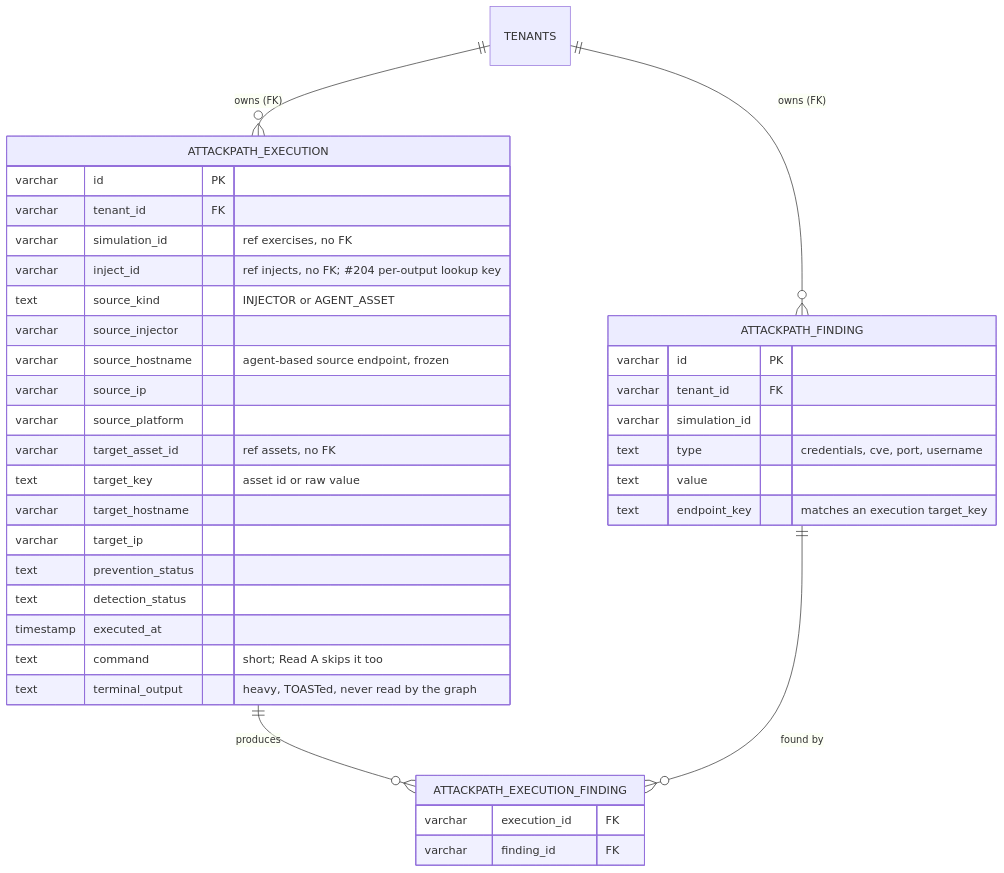
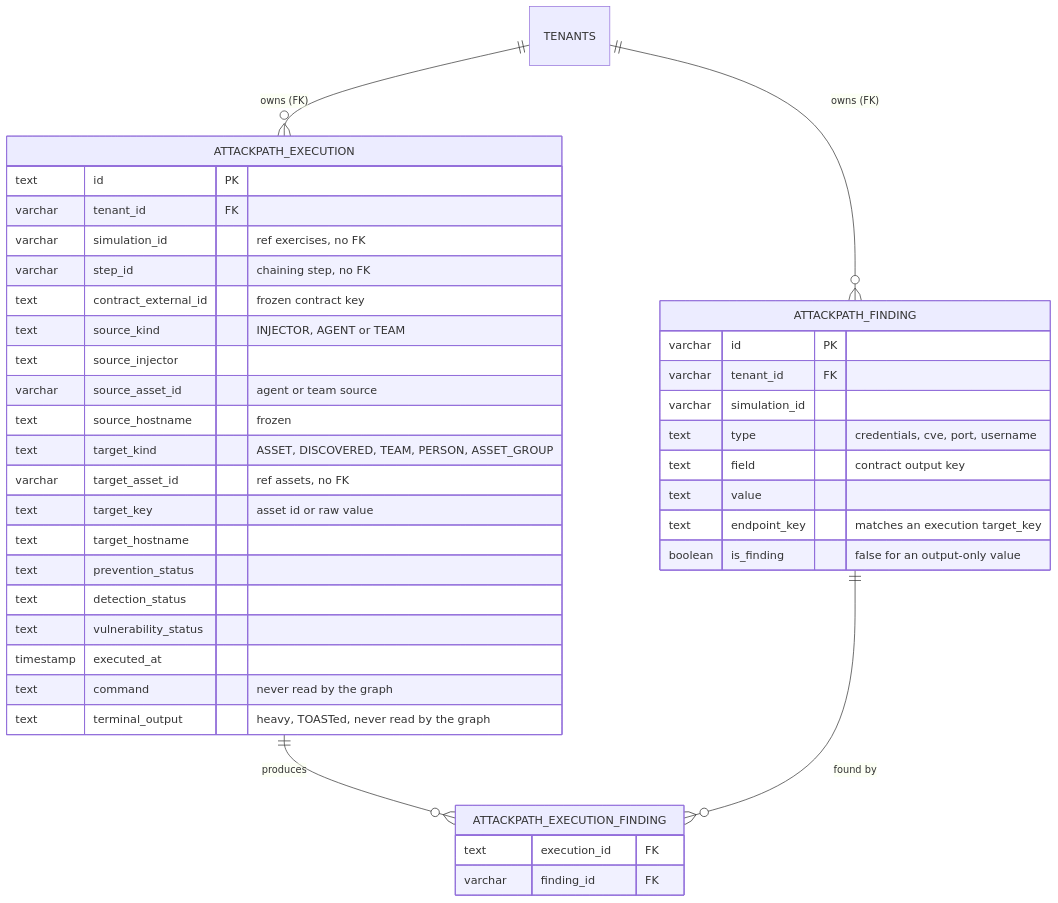
Before and after one commit to OpenBAS-Platform/openbas: the second of 6 diagrams in docs/docs/development/attack-path.md, drawn with Mermaid. The commit also changed other lines of this file, not shown here.

````diff
--- a/docs/docs/development/attack-path.md
+++ b/docs/docs/development/attack-path.md
@@ -46,39 +48,42 @@
 ```mermaid
 erDiagram
     TENANTS ||--o{ ATTACKPATH_EXECUTION : "owns (FK)"
     TENANTS ||--o{ ATTACKPATH_FINDING : "owns (FK)"
     ATTACKPATH_EXECUTION ||--o{ ATTACKPATH_EXECUTION_FINDING : "produces"
     ATTACKPATH_FINDING ||--o{ ATTACKPATH_EXECUTION_FINDING : "found by"
     ATTACKPATH_EXECUTION {
-        varchar id PK
+        text id PK
         varchar tenant_id FK
         varchar simulation_id "ref exercises, no FK"
-        varchar inject_id "ref injects, no FK; #204 per-output lookup key"
-        text source_kind "INJECTOR or AGENT_ASSET"
-        varchar source_injector
-        varchar source_hostname "agent-based source endpoint, frozen"
-        varchar source_ip
-        varchar source_platform
+        varchar step_id "chaining step, no FK"
+        text contract_external_id "frozen contract key"
+        text source_kind "INJECTOR, AGENT or TEAM"
+        text source_injector
+        varchar source_asset_id "agent or team source"
+        text source_hostname "frozen"
+        text target_kind "ASSET, DISCOVERED, TEAM, PERSON, ASSET_GROUP"
         varchar target_asset_id "ref assets, no FK"
         text target_key "asset id or raw value"
-        varchar target_hostname
-        varchar target_ip
+        text target_hostname
         text prevention_status
         text detection_status
+        text vulnerability_status
         timestamp executed_at
-        text command "short; Read A skips it too"
+        text command "never read by the graph"
         text terminal_output "heavy, TOASTed, never read by the graph"
     }
     ATTACKPATH_FINDING {
         varchar id PK
         varchar tenant_id FK
         varchar simulation_id
         text type "credentials, cve, port, username"
+        text field "contract output key"
         text value
         text endpoint_key "matches an execution target_key"
+        boolean is_finding "false for an output-only value"
     }
     ATTACKPATH_EXECUTION_FINDING {
-        varchar execution_id FK
+        text execution_id FK
         varchar finding_id FK
     }
 ```
````
